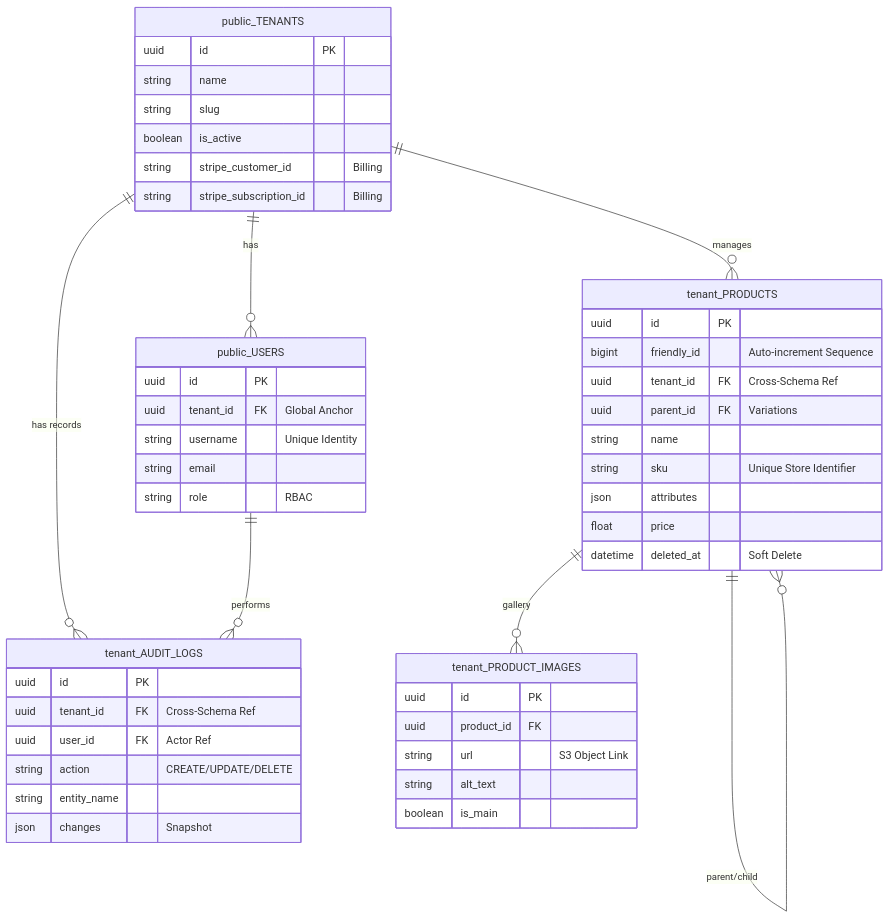
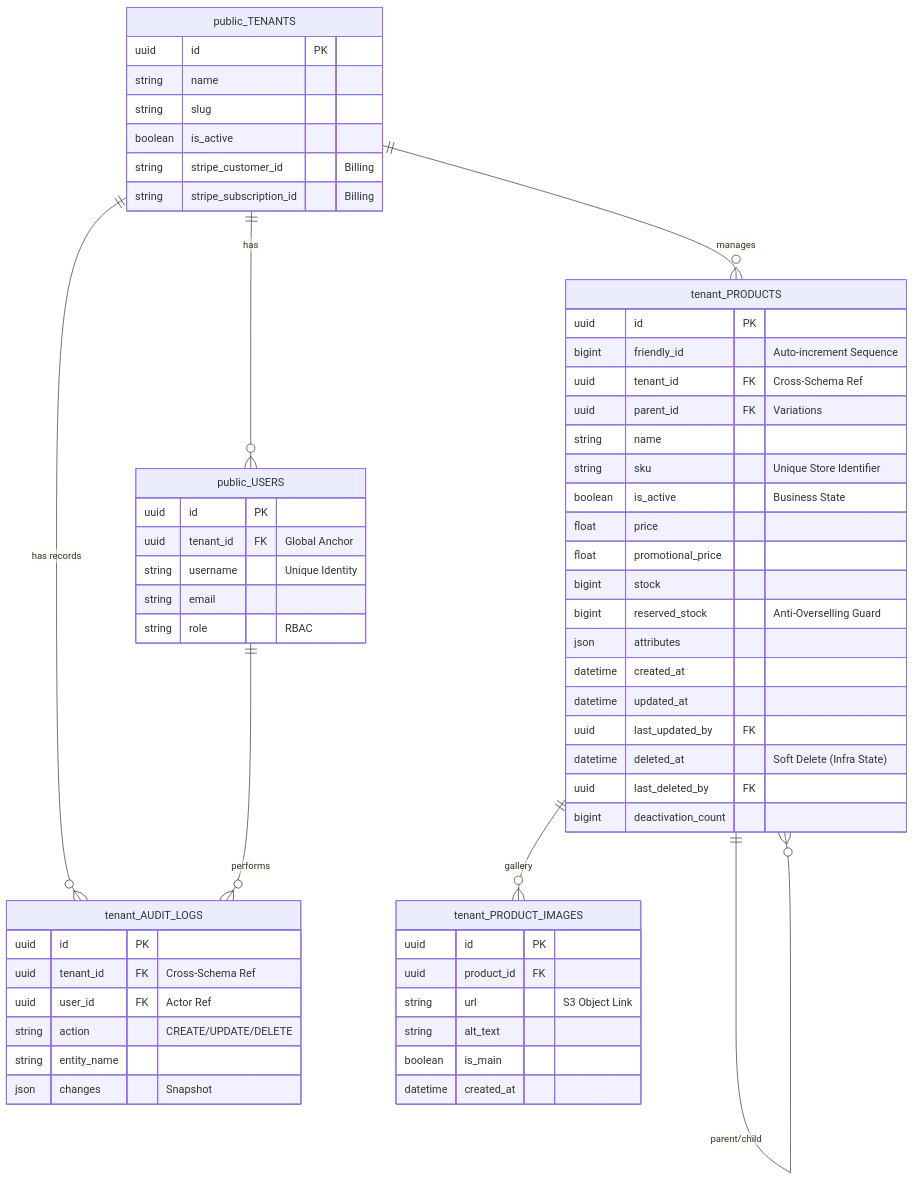
The diagram in README.md (ccerks/nexcore-saas-api), drawn with Mermaid before and after one commit. The commit also changed other lines of this file, not shown here.

Commit message:
docs(readme): synchronize ER diagram with finalized Epic 3 database schema
- Appended missing orthogonal lifecycle columns (created_at, updated_at, deleted_at, deactivation_count) to tenant_PRODUCTS diagram.
- Mapped relational audit identifiers (last_updated_by, last_deleted_by).
- Detailed business logic constraints (promotional_price, reserved_stock, is_active) to reflect precise AWS-ready database topology.

````diff
--- a/README.md
+++ b/README.md
@@ -35,55 +35,65 @@
 ```mermaid
 erDiagram
     public_TENANTS ||--o{ public_USERS : "has"
     public_TENANTS ||--o{ tenant_PRODUCTS : "manages"
     public_TENANTS ||--o{ tenant_AUDIT_LOGS : "has records"
     public_USERS ||--o{ tenant_AUDIT_LOGS : "performs"
     tenant_PRODUCTS ||--o{ tenant_PRODUCTS : "parent/child"
     tenant_PRODUCTS ||--o{ tenant_PRODUCT_IMAGES : "gallery"
 
     public_TENANTS {
         uuid id PK
         string name
         string slug
         boolean is_active
         string stripe_customer_id "Billing"
         string stripe_subscription_id "Billing"
     }
 
     public_USERS {
         uuid id PK
         uuid tenant_id FK "Global Anchor"
         string username "Unique Identity"
         string email
         string role "RBAC"
     }
 
     tenant_PRODUCTS {
         uuid id PK
         bigint friendly_id "Auto-increment Sequence"
         uuid tenant_id FK "Cross-Schema Ref"
         uuid parent_id FK "Variations"
         string name
         string sku "Unique Store Identifier"
+        boolean is_active "Business State"
+        float price
+        float promotional_price
+        bigint stock
+        bigint reserved_stock "Anti-Overselling Guard"
         json attributes
-        float price
-        datetime deleted_at "Soft Delete"
+        datetime created_at
+        datetime updated_at
+        uuid last_updated_by FK
+        datetime deleted_at "Soft Delete (Infra State)"
+        uuid last_deleted_by FK
+        bigint deactivation_count
     }
     
     tenant_PRODUCT_IMAGES {
         uuid id PK
         uuid product_id FK
         string url "S3 Object Link"
         string alt_text
         boolean is_main
+        datetime created_at
     }
 
     tenant_AUDIT_LOGS {
         uuid id PK
         uuid tenant_id FK "Cross-Schema Ref"
         uuid user_id FK "Actor Ref"
         string action "CREATE/UPDATE/DELETE"
         string entity_name
         json changes "Snapshot"
     }
 ```
````
